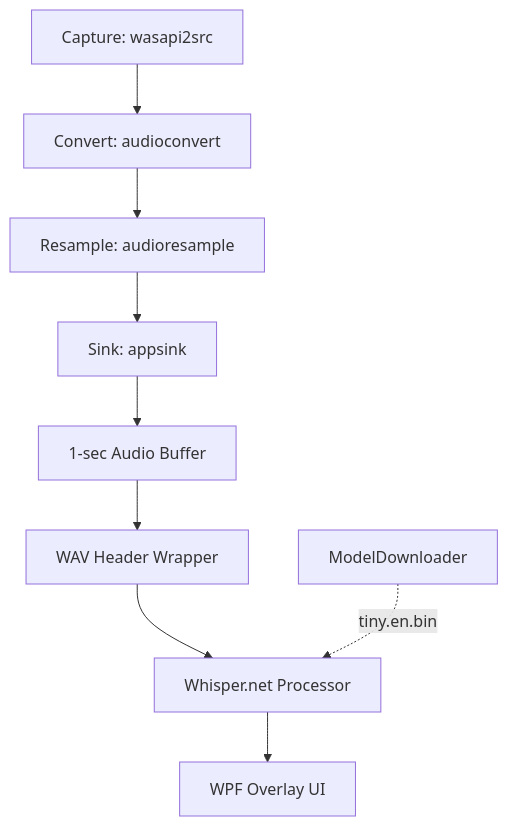
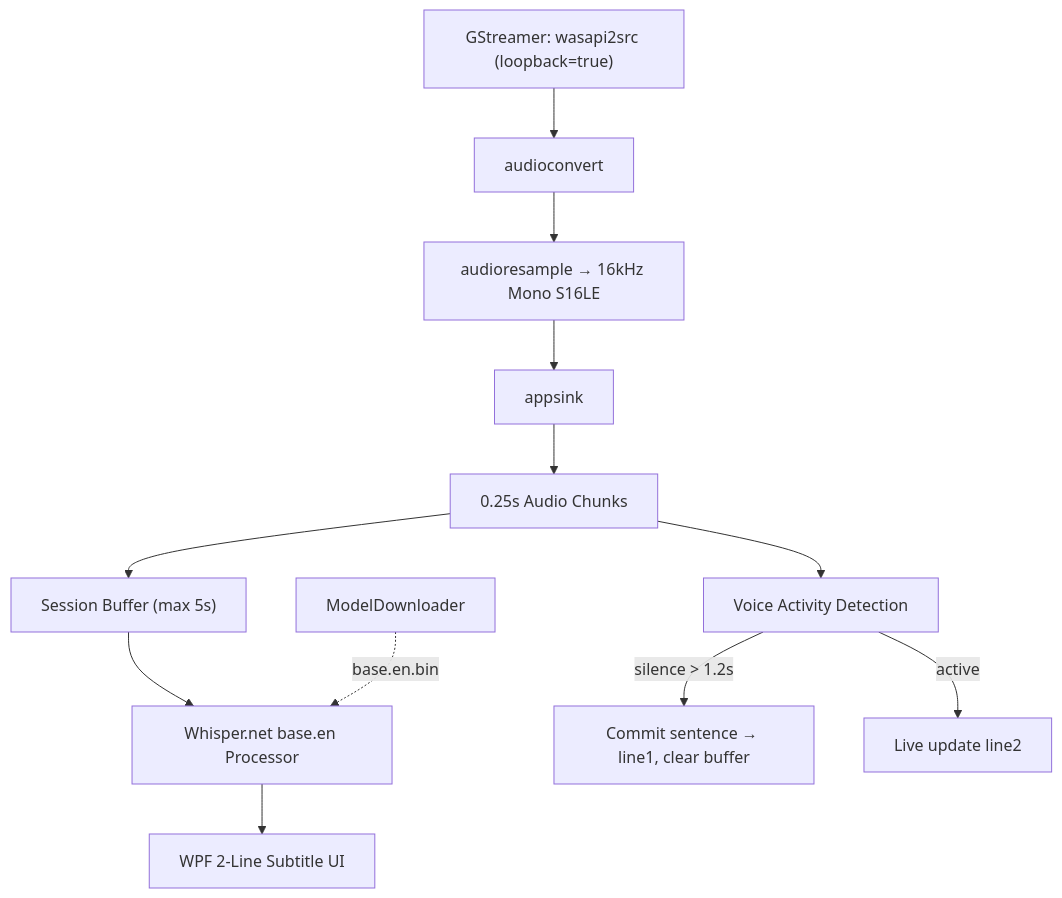
Before and after one commit to tmkbharathi/LiveCaptions: the diagram in README.md, drawn with Mermaid. The commit also changed other lines of this file and 3 other files, not shown here.

Commit message:
feat: Implement live word-by-word transcription with Voice Activity Detection, a 2-line subtitle UI, and upgrade the Whisper model to `base.en`.

````diff
--- a/README.md
+++ b/README.md
@@ -11,11 +27,14 @@
 ```mermaid
 graph TD
-    A[Capture: wasapi2src] --> B[Convert: audioconvert]
-    B --> C[Resample: audioresample]
-    C --> D[Sink: appsink]
-    D --> E[1-sec Audio Buffer]
-    E --> F[WAV Header Wrapper]
-    F --> G[Whisper.net Processor]
-    G --> H[WPF Overlay UI]
-    I[ModelDownloader] -.->|tiny.en.bin| G
+    A["GStreamer: wasapi2src (loopback=true)"] --> B[audioconvert]
+    B --> C[audioresample → 16kHz Mono S16LE]
+    C --> D[appsink]
+    D --> E["0.25s Audio Chunks"]
+    E --> F["Session Buffer (max 5s)"]
+    F --> G["Whisper.net base.en Processor"]
+    G --> H["WPF 2-Line Subtitle UI"]
+    I[ModelDownloader] -.->|base.en.bin| G
+    E --> J["Voice Activity Detection"]
+    J -->|silence > 1.2s| K["Commit sentence → line1, clear buffer"]
+    J -->|active| L["Live update line2"]
 ```
````
